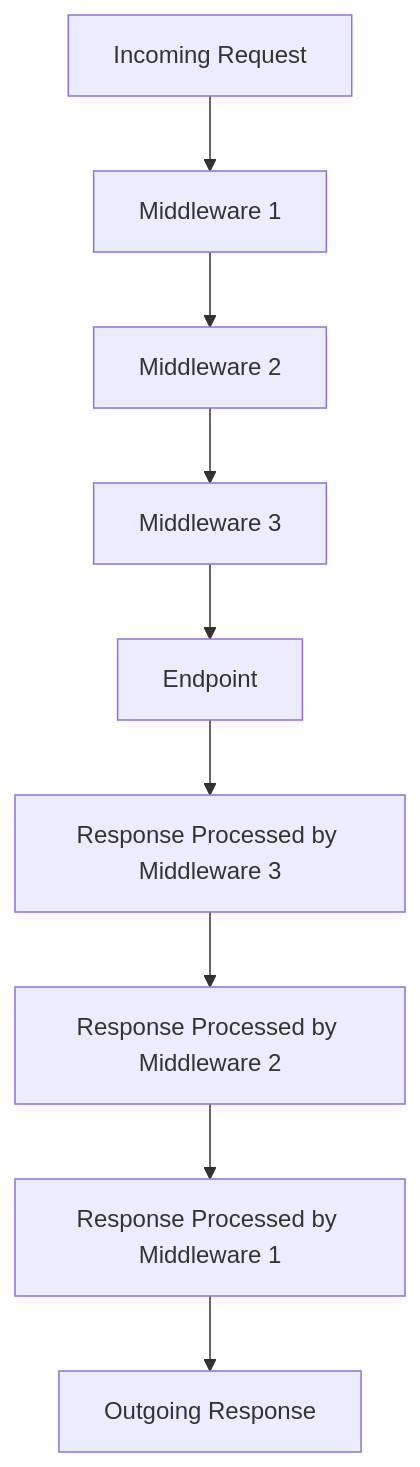
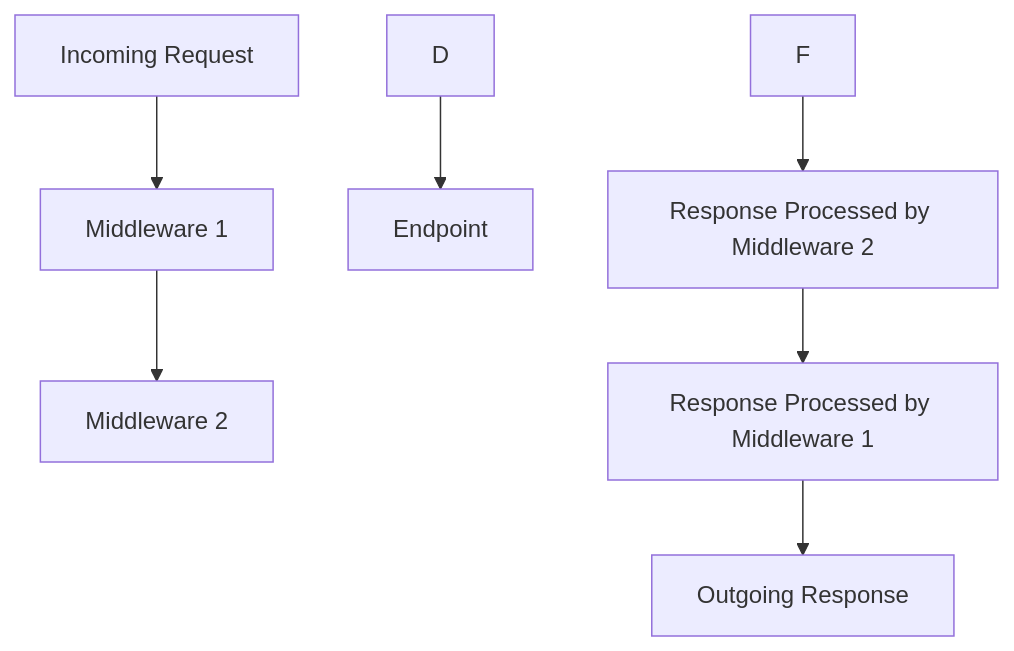
The first of 2 diagrams in README.md (rajeshradhakrishnanmvk/ai_library), drawn with Mermaid before and after one commit.

````diff
--- a/README.md
+++ b/README.md
@@ -9,11 +9,9 @@
 ```mermaid
 graph TD;
     A[Incoming Request] --> B[Middleware 1]
     B --> C[Middleware 2]
-    C --> D[Middleware 3]
     D --> E[Endpoint]
-    E --> F[Response Processed by Middleware 3]
     F --> G[Response Processed by Middleware 2]
     G --> H[Response Processed by Middleware 1]
     H --> I[Outgoing Response]
 ```
````
